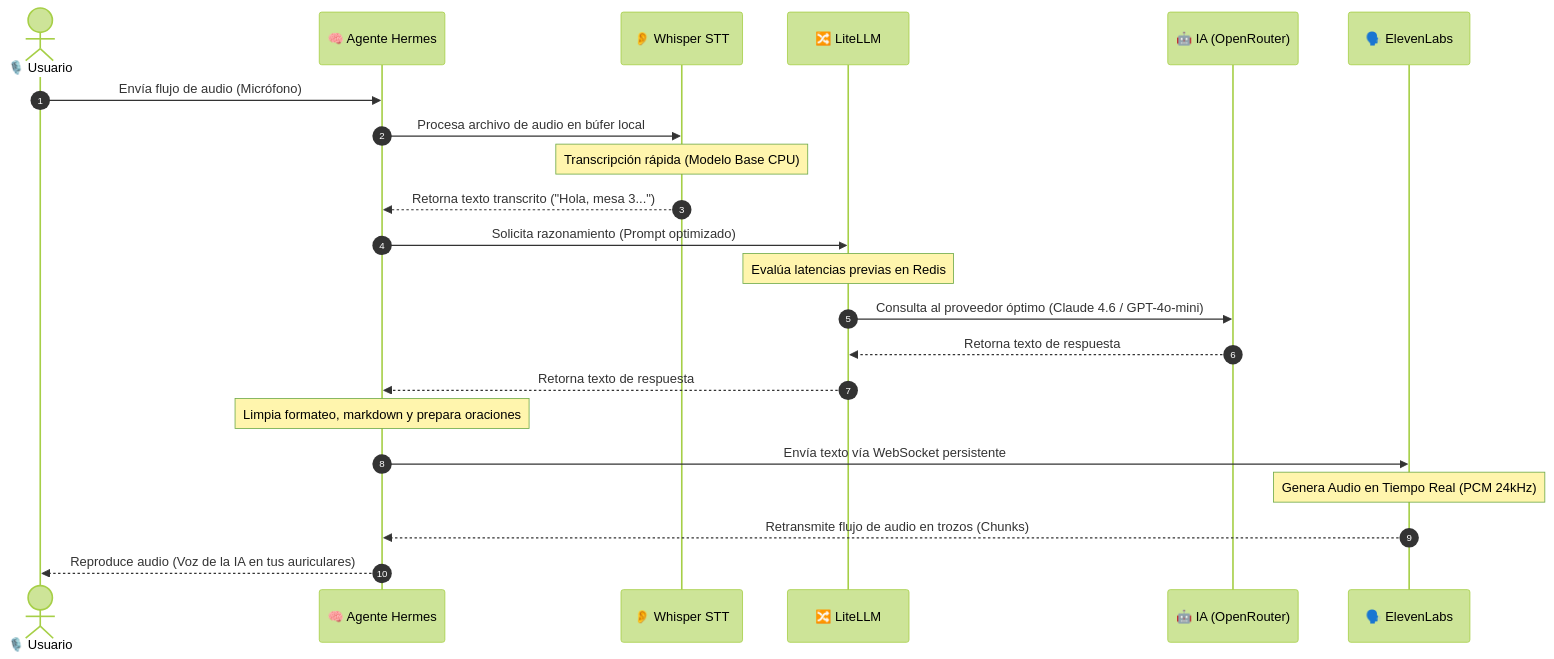
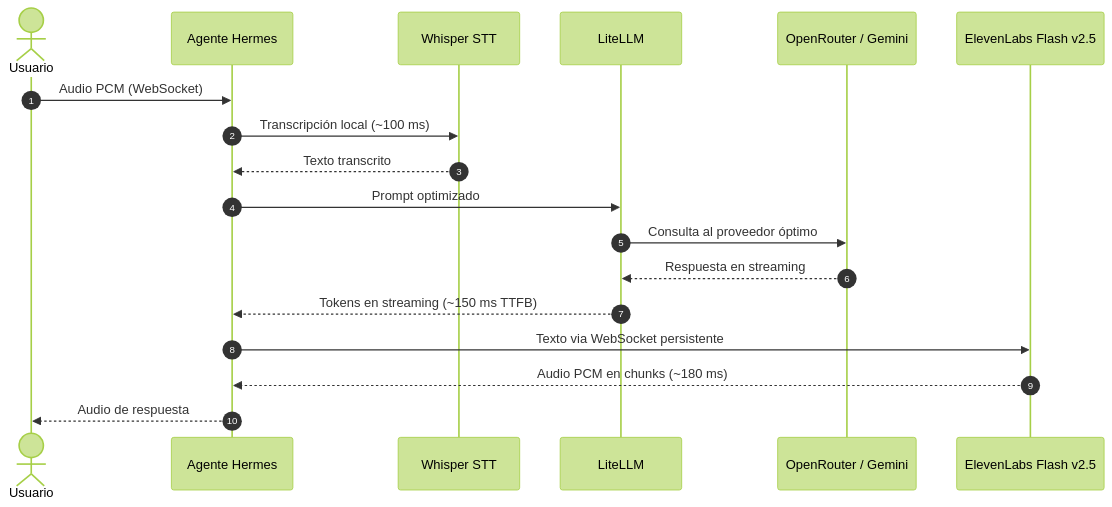
Before and after one commit to erikjosehrnndz-crypto/hermes-stack: the second of 3 diagrams in README.md, drawn with Mermaid (forest theme). The commit also changed other lines of this file, not shown here.

First line of the commit message:
Docs: actualizar README con 10 contenedores, nuevos servicios y estructura limpia

````diff
--- a/README.md
+++ b/README.md
@@ -58,25 +55,21 @@
 ```mermaid
 sequenceDiagram
     autonumber
-    actor Usuario as 🎙️ Usuario
-    participant Hermes as 🧠 Agente Hermes
-    participant Whisper as 👂 Whisper STT
-    participant LiteLLM as 🔀 LiteLLM
-    participant Providers as 🤖 IA (OpenRouter)
-    participant Eleven as 🗣️ ElevenLabs
+    actor Usuario
+    participant Hermes as Agente Hermes
+    participant Whisper as Whisper STT
+    participant LiteLLM
+    participant IA as OpenRouter / Gemini
+    participant Eleven as ElevenLabs Flash v2.5
 
-    Usuario->>Hermes: Envía flujo de audio (Micrófono)
-    Hermes->>Whisper: Procesa archivo de audio en búfer local
-    Note over Whisper: Transcripción rápida (Modelo Base CPU)
-    Whisper-->>Hermes: Retorna texto transcrito ("Hola, mesa 3...")
-    Hermes->>LiteLLM: Solicita razonamiento (Prompt optimizado)
-    Note over LiteLLM: Evalúa latencias previas en Redis
-    LiteLLM->>Providers: Consulta al proveedor óptimo (Claude 4.6 / GPT-4o-mini)
-    Providers-->>LiteLLM: Retorna texto de respuesta
-    LiteLLM-->>Hermes: Retorna texto de respuesta
-    Note over Hermes: Limpia formateo, markdown y prepara oraciones
-    Hermes->>Eleven: Envía texto vía WebSocket persistente
-    Note over Eleven: Genera Audio en Tiempo Real (PCM 24kHz)
-    Eleven-->>Hermes: Retransmite flujo de audio en trozos (Chunks)
-    Hermes-->>Usuario: Reproduce audio (Voz de la IA en tus auriculares)
+    Usuario->>Hermes: Audio PCM (WebSocket)
+    Hermes->>Whisper: Transcripción local (~100 ms)
+    Whisper-->>Hermes: Texto transcrito
+    Hermes->>LiteLLM: Prompt optimizado
+    LiteLLM->>IA: Consulta al proveedor óptimo
+    IA-->>LiteLLM: Respuesta en streaming
+    LiteLLM-->>Hermes: Tokens en streaming (~150 ms TTFB)
+    Hermes->>Eleven: Texto via WebSocket persistente
+    Eleven-->>Hermes: Audio PCM en chunks (~180 ms)
+    Hermes-->>Usuario: Audio de respuesta
 ```
````
